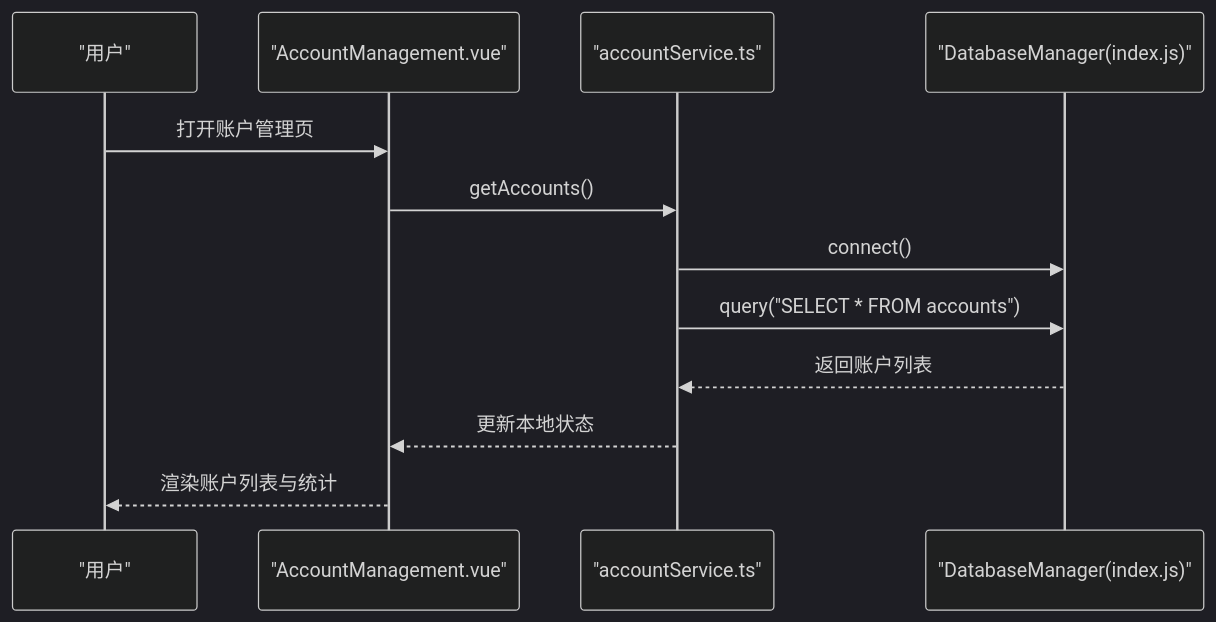
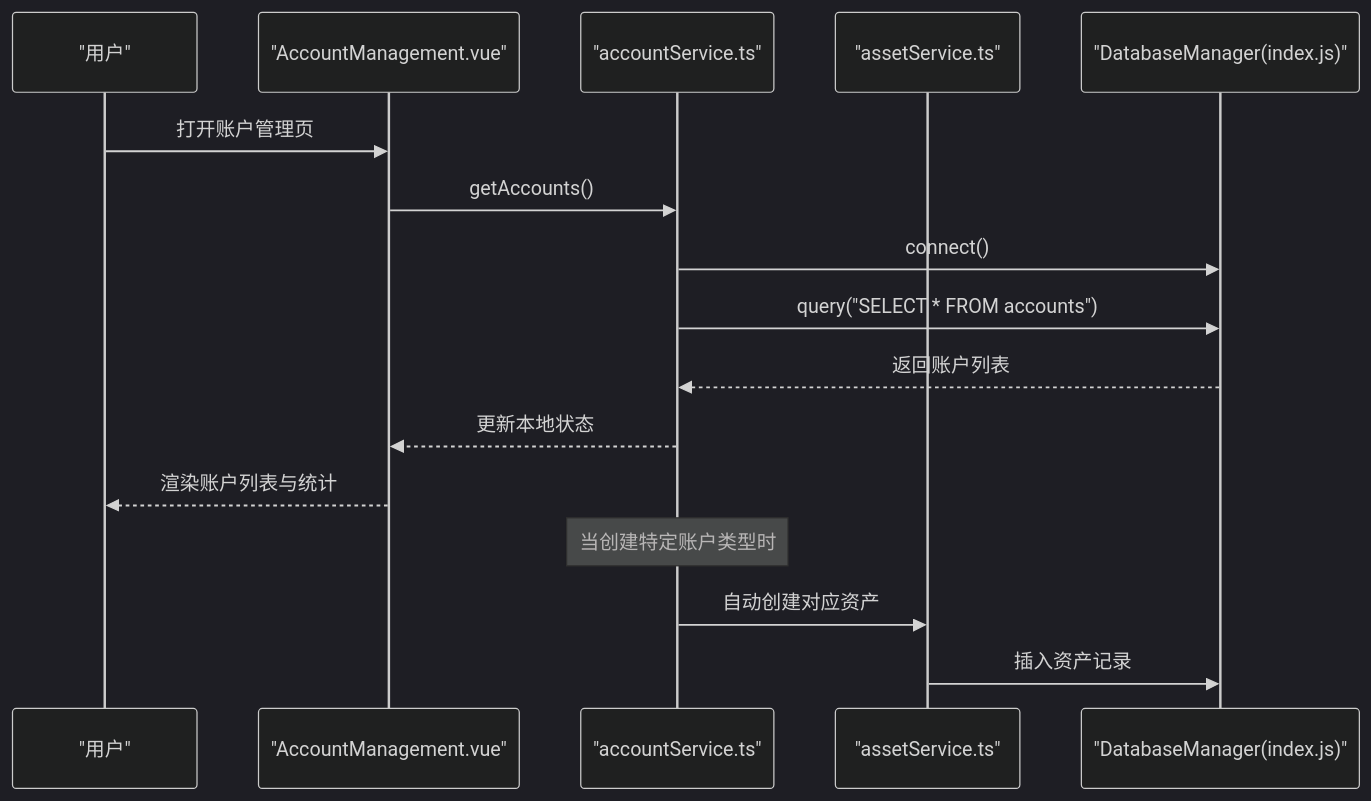
Before and after one commit to xiao-lin-unit/yuan: the second of 12 diagrams in .qoder/repowiki/zh/content/账户管理/账户管理.md, drawn with Mermaid (dark theme). The commit also changed other lines of this file and 17 other files, not shown here.

````diff
--- a/.qoder/repowiki/zh/content/账户管理/账户管理.md
+++ b/.qoder/repowiki/zh/content/账户管理/账户管理.md
@@ -118,14 +139,18 @@
 ```mermaid
 sequenceDiagram
 participant U as "用户"
 participant V as "AccountManagement.vue"
 participant S as "accountService.ts"
+participant AS as "assetService.ts"
 participant DB as "DatabaseManager(index.js)"
 U->>V : 打开账户管理页
 V->>S : getAccounts()
 S->>DB : connect()
 S->>DB : query("SELECT * FROM accounts")
 DB-->>S : 返回账户列表
 S-->>V : 更新本地状态
 V-->>U : 渲染账户列表与统计
+Note over S : 当创建特定账户类型时
+S->>AS : 自动创建对应资产
+AS->>DB : 插入资产记录
 ```
````
